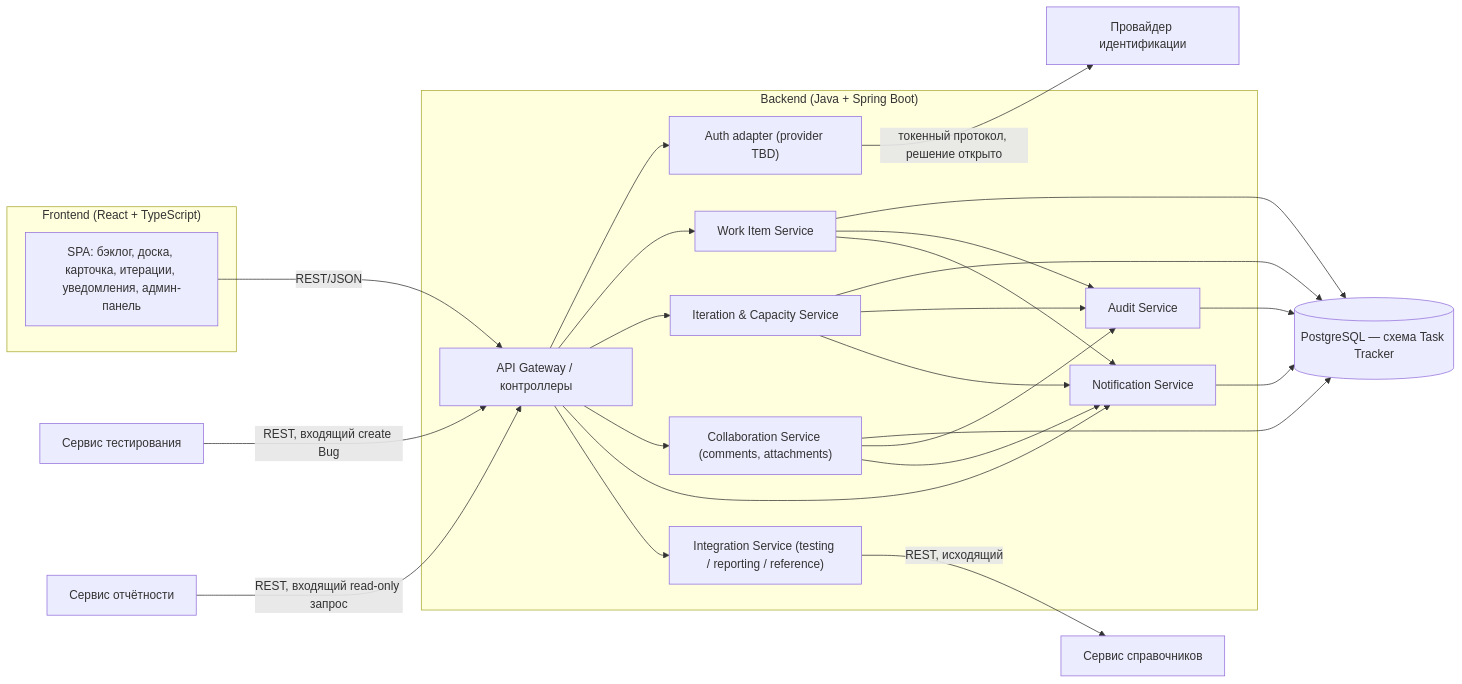
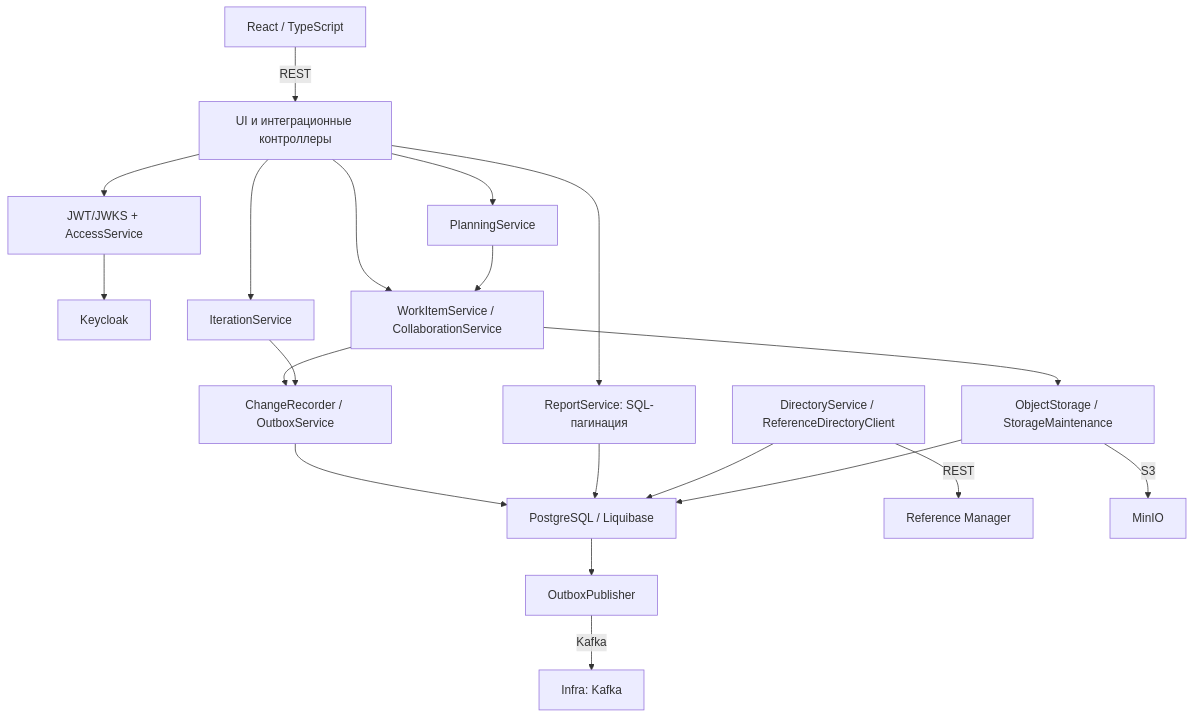
The diagram in task-tracker/docs/block-h-architecture-and-logic/150.component-diagram.md (MEPhI-C22-501/arch-info-system-monorepo), drawn with Mermaid before and after one commit. The commit also changed other lines of this file and 34 other files, not shown here.

Commit message:
docs(task-tracker): address documentation feedback from PR #102

````diff
--- a/task-tracker/docs/block-h-architecture-and-logic/150.component-diagram.md
+++ b/task-tracker/docs/block-h-architecture-and-logic/150.component-diagram.md
@@ -6,43 +5,22 @@
 ```mermaid
-flowchart LR
-    subgraph Frontend["Frontend (React + TypeScript)"]
-        SPA["SPA: бэклог, доска, карточка, итерации, уведомления, админ-панель"]
-    end
-
-    subgraph Backend["Backend (Java + Spring Boot)"]
-        Gateway["API Gateway / контроллеры"]
-        WorkItemSvc["Work Item Service"]
-        IterationSvc["Iteration & Capacity Service"]
-        CollabSvc["Collaboration Service (comments, attachments)"]
-        AuditSvc["Audit Service"]
-        NotifSvc["Notification Service"]
-        IntegrationSvc["Integration Service (testing / reporting / reference)"]
-        AuthClient["Auth adapter (provider TBD)"]
-    end
-
-    DB[("PostgreSQL — схема Task Tracker")]
-
-    SPA -->|REST/JSON| Gateway
-    Gateway --> AuthClient
-    Gateway --> WorkItemSvc
-    Gateway --> IterationSvc
-    Gateway --> CollabSvc
-    Gateway --> NotifSvc
-    Gateway --> IntegrationSvc
-    WorkItemSvc --> DB
-    IterationSvc --> DB
-    CollabSvc --> DB
-    AuditSvc --> DB
-    NotifSvc --> DB
-    WorkItemSvc --> AuditSvc
-    IterationSvc --> AuditSvc
-    CollabSvc --> AuditSvc
-    WorkItemSvc --> NotifSvc
-    IterationSvc --> NotifSvc
-    CollabSvc --> NotifSvc
-
-    AuthClient -->|токенный протокол, решение открыто| IdP["Провайдер идентификации"]
-    Tests["Сервис тестирования"] -->|REST, входящий create Bug| Gateway
-    Reports["Сервис отчётности"] -->|REST, входящий read-only запрос| Gateway
-    IntegrationSvc -->|REST, исходящий| Refs["Сервис справочников"]
+flowchart TB
+    UI["React / TypeScript"] -->|"REST"| Controllers["UI и интеграционные контроллеры"]
+    Controllers --> Access["JWT/JWKS + AccessService"]
+    Access --> KC["Keycloak"]
+    Controllers --> Work["WorkItemService / CollaborationService"]
+    Controllers --> Iteration["IterationService"]
+    Controllers --> Plan["PlanningService"]
+    Controllers --> Reports["ReportService: SQL-пагинация"]
+    Work --> Changes["ChangeRecorder / OutboxService"]
+    Iteration --> Changes
+    Plan --> Work
+    Changes --> DB["PostgreSQL / Liquibase"]
+    Reports --> DB
+    Directory["DirectoryService / ReferenceDirectoryClient"] -->|"REST"| RM["Reference Manager"]
+    Directory --> DB
+    Work --> Storage["ObjectStorage / StorageMaintenance"]
+    Storage -->|"S3"| Minio["MinIO"]
+    Storage --> DB
+    DB --> Publisher["OutboxPublisher"]
+    Publisher -->|"Kafka"| Broker["Infra: Kafka"]
 ```
````
